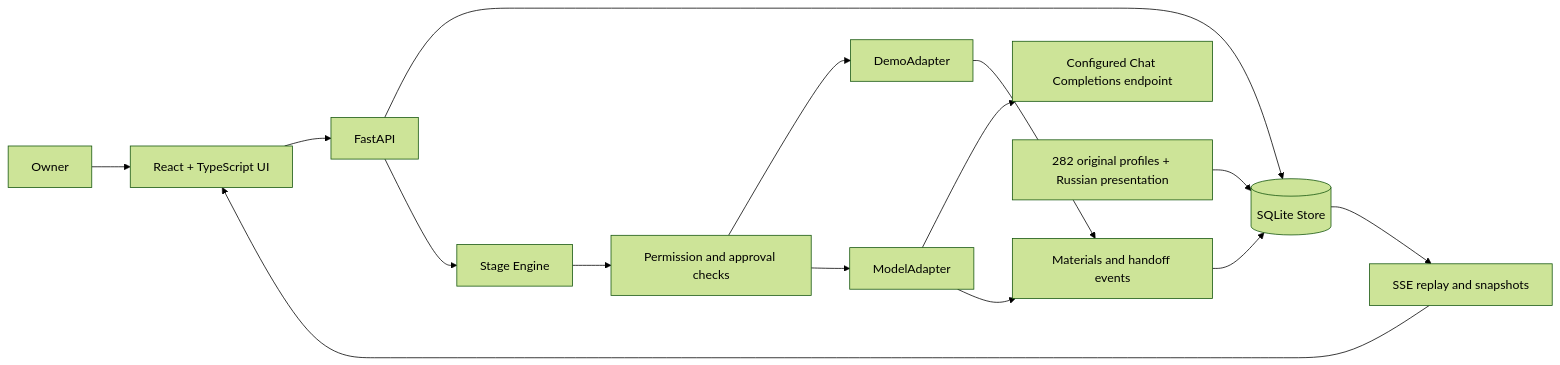
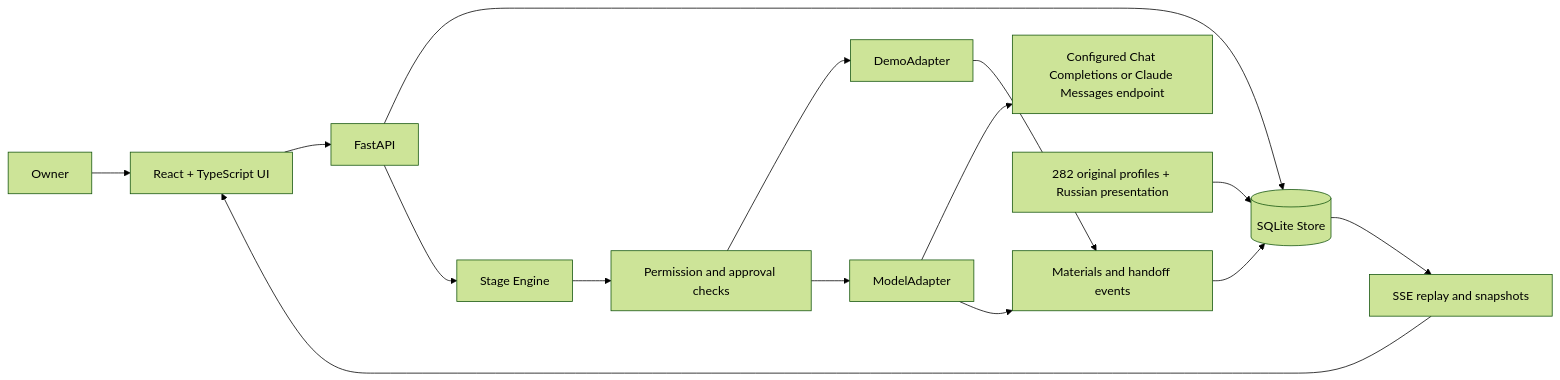
Before and after one commit to nifontovoleg/ai-office: the diagram in README.md, drawn with Mermaid (forest theme). The commit also changed other lines of this file and 25 other files, not shown here.

````diff
--- a/README.md
+++ b/README.md
@@ -139,17 +210,17 @@
 ```mermaid
 flowchart LR
     Owner[Owner] --> UI[React + TypeScript UI]
     UI --> API[FastAPI]
     API --> Store[(SQLite Store)]
     API --> Engine[Stage Engine]
     Engine --> Permissions[Permission and approval checks]
     Permissions --> Demo[DemoAdapter]
     Permissions --> Model[ModelAdapter]
-    Model --> Provider[Configured Chat Completions endpoint]
+    Model --> Provider[Configured Chat Completions or Claude Messages endpoint]
     Demo --> Results[Materials and handoff events]
     Model --> Results
     Results --> Store
     Store --> SSE[SSE replay and snapshots]
     SSE --> UI
     Catalog[282 original profiles + Russian presentation] --> Store
 ```
````
